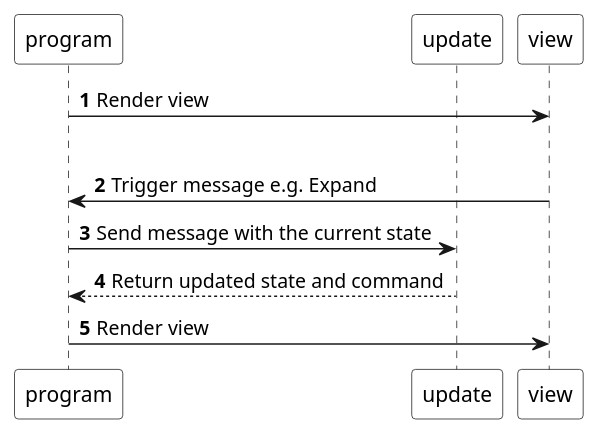
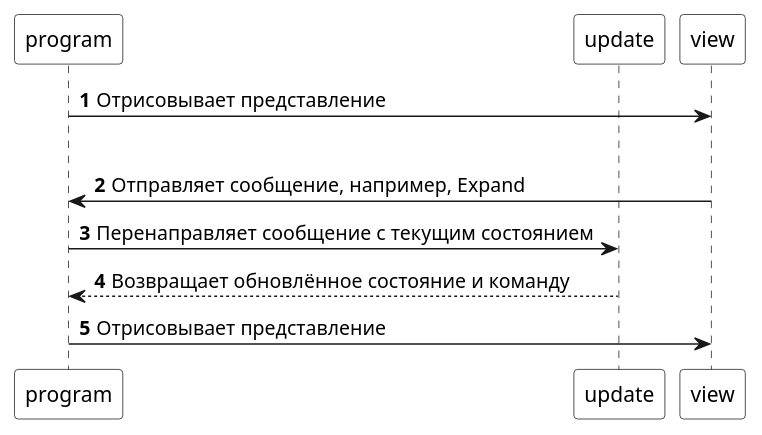
Before and after one commit to yaruson/elm-tutorial: the diagram in ru/02-elm-arch/04-flow.pu, drawn with PlantUML. The commit also changed 14 other files, not shown here.

```diff
--- a/ru/02-elm-arch/04-flow.pu
+++ b/ru/02-elm-arch/04-flow.pu
@@ -1,13 +1,13 @@
 @startuml
 autonumber
 participant program #white
 participant update #white
 participant view #white
 
-program -> view : Render view
+program -> view : Отрисовывает представление
 |||
-view -> program : Trigger message e.g. Expand
-program -> update : Send message with the current state
-update --> program : Return updated state and command
-program -> view : Render view
+view -> program : Отправляет сообщение, например, Expand
+program -> update : Перенаправляет сообщение с текущим состоянием
+update --> program : Возвращает обновлённое состояние и команду
+program -> view : Отрисовывает представление
 @enduml
```
